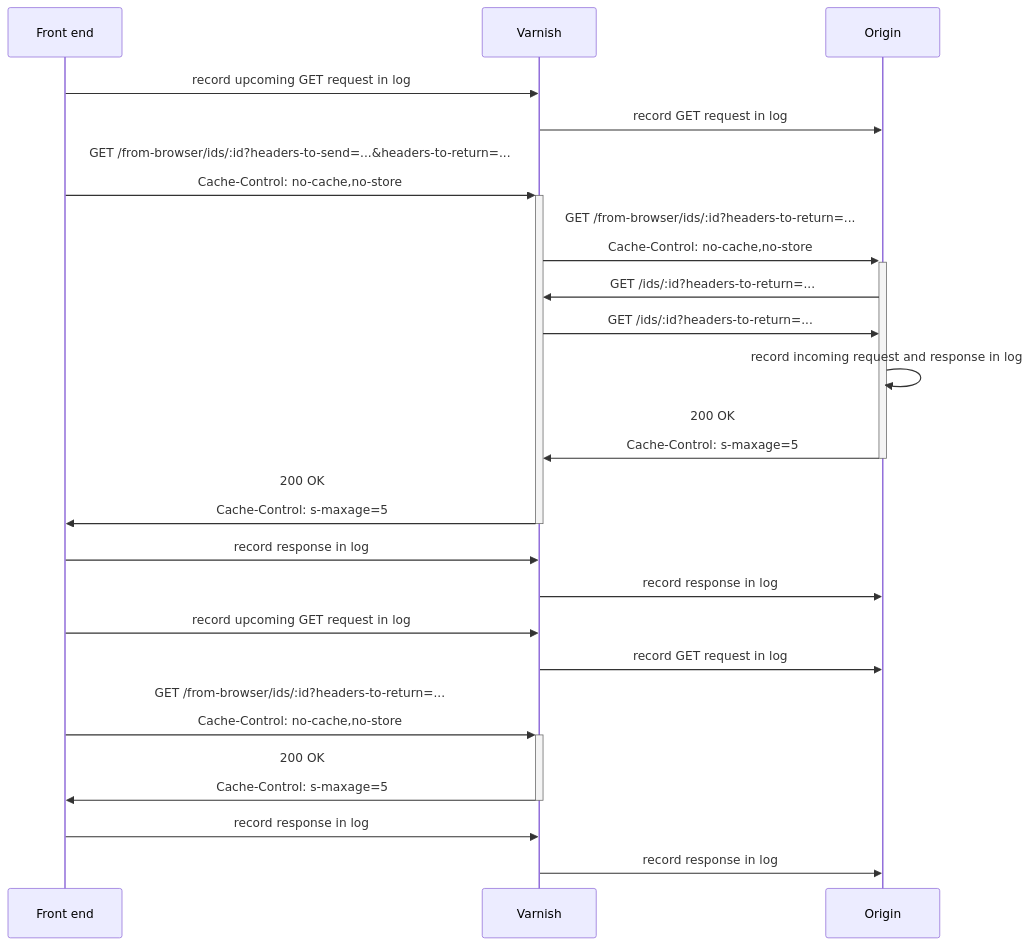
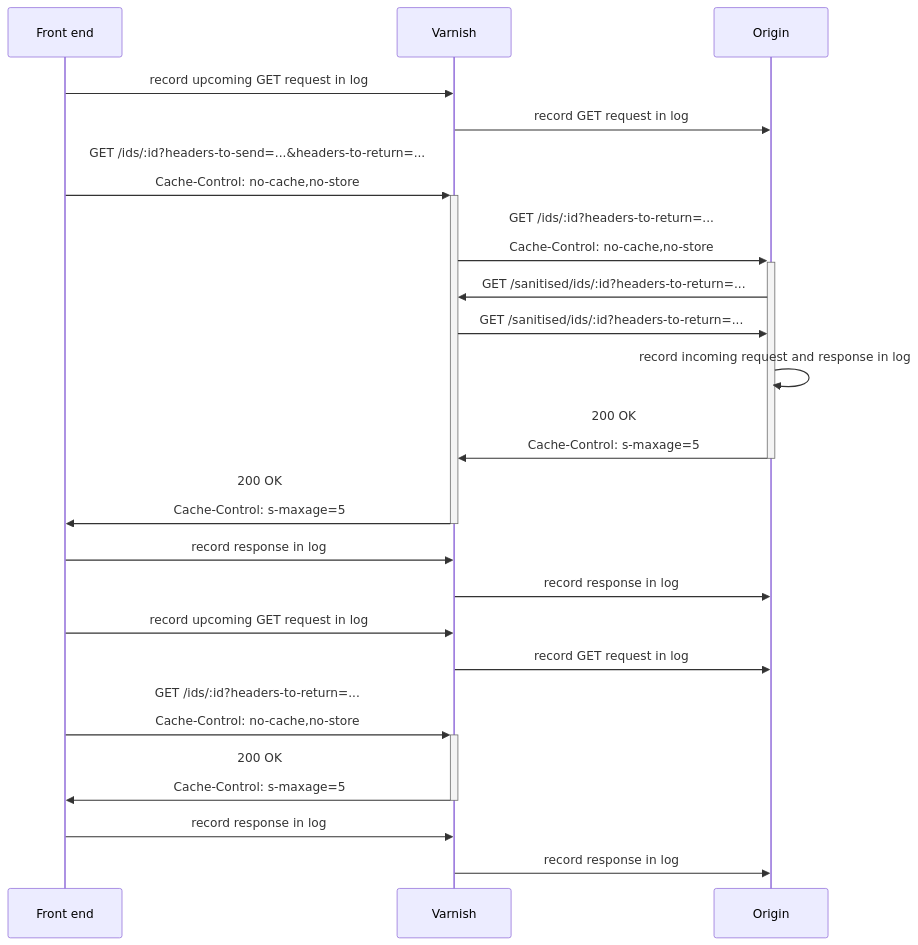
One commit to hilverd/http-cache-playground changed the diagram in ARCHITECTURE.md. Above: the diagram before and after it, drawn with Mermaid. The commit also changed other lines of this file and 3 other files, not shown here.

````diff
--- a/ARCHITECTURE.md
+++ b/ARCHITECTURE.md
@@ -9,23 +9,23 @@
 ```mermaid
 sequenceDiagram
     participant FE as Front end
     participant V as Varnish
     participant O as Origin
     FE ->> V: record upcoming GET request in log
     V ->> O: record GET request in log
-    FE ->>+ V: GET /from-browser/ids/:id?headers-to-send=...&headers-to-return=...<br><br>Cache-Control: no-cache,no-store
-    V ->>+ O: GET /from-browser/ids/:id?headers-to-return=...<br><br>Cache-Control: no-cache,no-store
-    O ->> V: GET /ids/:id?headers-to-return=...
-    V ->> O: GET /ids/:id?headers-to-return=...
+    FE ->>+ V: GET /ids/:id?headers-to-send=...&headers-to-return=...<br><br>Cache-Control: no-cache,no-store
+    V ->>+ O: GET /ids/:id?headers-to-return=...<br><br>Cache-Control: no-cache,no-store
+    O ->> V: GET /sanitised/ids/:id?headers-to-return=...
+    V ->> O: GET /sanitised/ids/:id?headers-to-return=...
     O ->> O: record incoming request and response in log
     O ->>- V: 200 OK<br><br>Cache-Control: s-maxage=5
     V ->>- FE: 200 OK<br><br>Cache-Control: s-maxage=5
     FE ->> V: record response in log
     V ->> O: record response in log
     FE ->> V: record upcoming GET request in log
     V ->> O: record GET request in log
-    FE ->>+ V: GET /from-browser/ids/:id?headers-to-return=...<br><br>Cache-Control: no-cache,no-store
+    FE ->>+ V: GET /ids/:id?headers-to-return=...<br><br>Cache-Control: no-cache,no-store
     V ->>- FE: 200 OK<br><br>Cache-Control: s-maxage=5
     FE ->> V: record response in log
     V ->> O: record response in log
 ```
````
